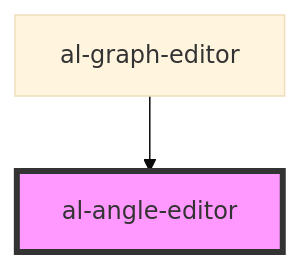
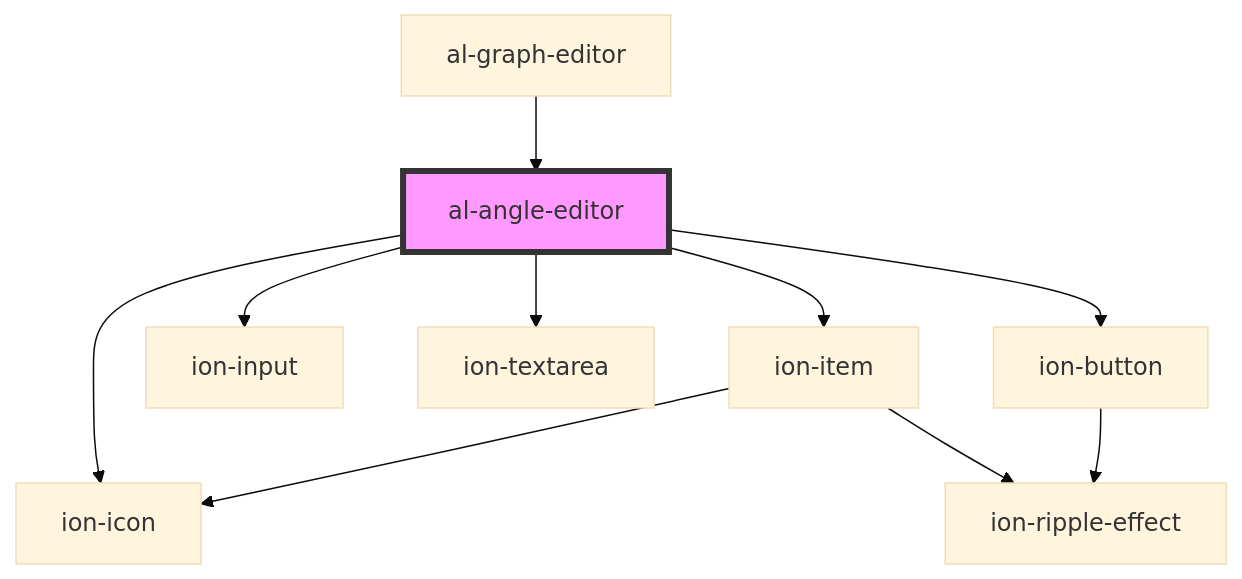
The diagram in src/components/al-angle-editor/readme.md (aleph-viewer/aleph), drawn with Mermaid (base theme) before and after one commit. The commit also changed other lines of this file and 11 other files, not shown here.

````diff
--- a/src/components/al-angle-editor/readme.md
+++ b/src/components/al-angle-editor/readme.md
@@ -30,5 +38,13 @@
 ```mermaid
 graph TD;
+  al-angle-editor --> ion-item
+  al-angle-editor --> ion-input
+  al-angle-editor --> ion-textarea
+  al-angle-editor --> ion-button
+  al-angle-editor --> ion-icon
+  ion-item --> ion-icon
+  ion-item --> ion-ripple-effect
+  ion-button --> ion-ripple-effect
   al-graph-editor --> al-angle-editor
   style al-angle-editor fill:#f9f,stroke:#333,stroke-width:4px
 ```
````
